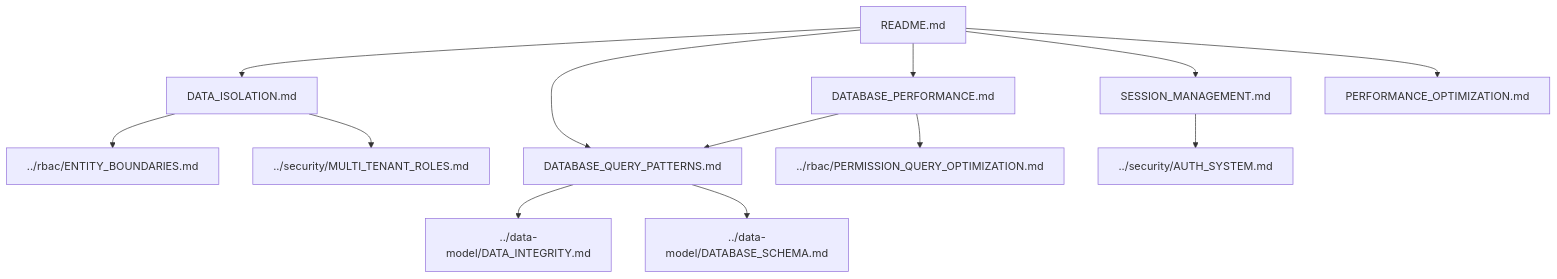
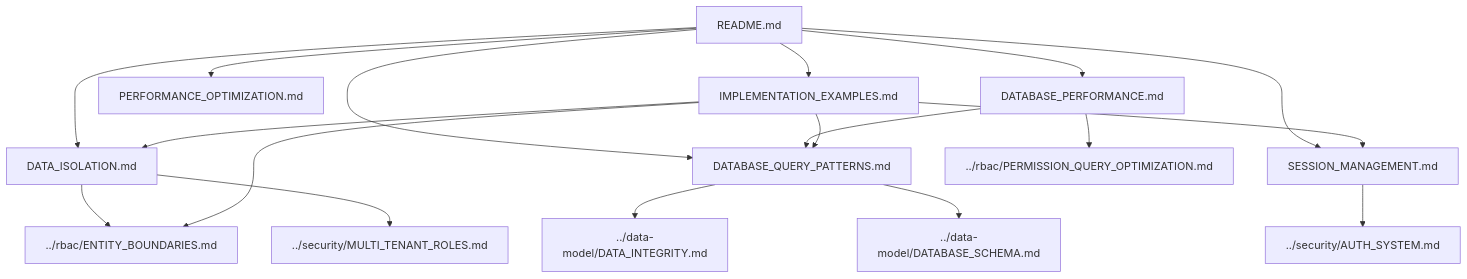
Before and after one commit to tesfayekb/core-base: the diagram in src/docs/documentation-maps/MULTI_TENANT_MAP.md, drawn with Mermaid. The commit also changed other lines of this file and 4 other files, not shown here.

First line of the commit message:
Add multi-tenant implementation examples

````diff
--- a/src/docs/documentation-maps/MULTI_TENANT_MAP.md
+++ b/src/docs/documentation-maps/MULTI_TENANT_MAP.md
@@ -23,19 +24,25 @@
 ```mermaid
 graph TD
     MT["README.md"] --> MT_DATA["DATA_ISOLATION.md"]
     MT --> MT_DB["DATABASE_QUERY_PATTERNS.md"]
     MT --> MT_PERF["DATABASE_PERFORMANCE.md"]
     MT --> MT_SESSION["SESSION_MANAGEMENT.md"]
     MT --> MT_OPT["PERFORMANCE_OPTIMIZATION.md"]
+    MT --> MT_EXAMPLES["IMPLEMENTATION_EXAMPLES.md"]
     
     MT_DATA --> RBAC_ENT["../rbac/ENTITY_BOUNDARIES.md"]
     MT_DATA --> SEC_MTR["../security/MULTI_TENANT_ROLES.md"]
     
     MT_DB --> DATA_INT["../data-model/DATA_INTEGRITY.md"]
     MT_DB --> DB_SCHEMA["../data-model/DATABASE_SCHEMA.md"]
     
     MT_PERF --> MT_DB
     MT_PERF --> RBAC_PERF["../rbac/PERMISSION_QUERY_OPTIMIZATION.md"]
     
     MT_SESSION --> SEC_AUTH["../security/AUTH_SYSTEM.md"]
+    
+    MT_EXAMPLES --> MT_DATA
+    MT_EXAMPLES --> MT_DB
+    MT_EXAMPLES --> MT_SESSION
+    MT_EXAMPLES --> RBAC_ENT
 ```
````
